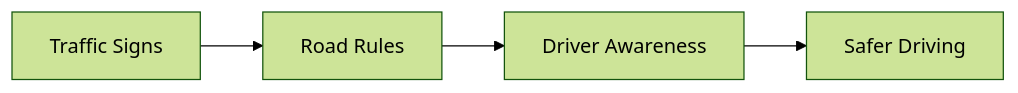
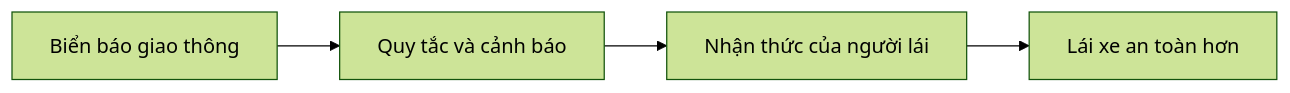
Before and after one commit to LeNguyenHaiDuong/adas-tsr: the first of 31 diagrams in research/slide.md, drawn with Mermaid (forest theme). The commit also changed other lines of this file and 5 other files, not shown here.

````diff
--- a/research/slide.md
+++ b/research/slide.md
@@ -125,9 +132,7 @@
 ```mermaid
 flowchart LR
-A[Traffic Signs]
---> B[Road Rules]
-
-B --> C[Driver Awareness]
-
-C --> D[Safer Driving]
+A[Biển báo giao thông]
+--> B[Quy tắc và cảnh báo]
+B --> C[Nhận thức của người lái]
+C --> D[Lái xe an toàn hơn]
 ```
````
